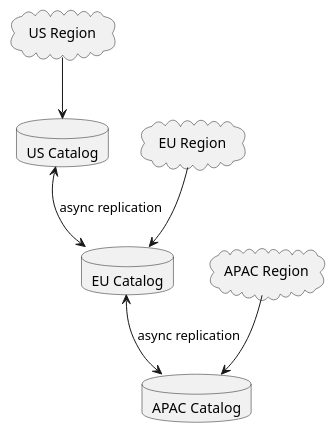
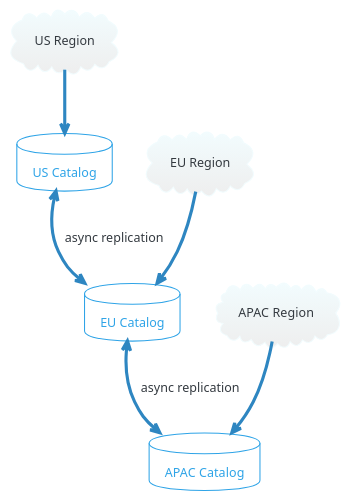
Before and after one commit to cyberstoneac/dsa_docs: the fourth of 4 diagrams in docs/system-design/problems/18-product-catalog.md, drawn with PlantUML. The commit also changed other lines of this file and 26 other files, not shown here.

````diff
--- a/docs/system-design/problems/18-product-catalog.md
+++ b/docs/system-design/problems/18-product-catalog.md
@@ -1214,18 +1237,28 @@
 ```plantuml
 @startuml
+!theme cerulean-outline
+skinparam backgroundColor white
+skinparam shadowing false
+skinparam sequenceMessageAlign center
+skinparam sequence {
+  ArrowColor #2E86C1
+  LifeLineBorderColor #85C1E9
+  ParticipantBorderColor #2E86C1
+  ParticipantBackgroundColor #D6EAF8
+}
 skinparam componentStyle rectangle
 
 cloud "US Region" as US
 cloud "EU Region" as EU
 cloud "APAC Region" as APAC
 database "US Catalog" as USC
 database "EU Catalog" as EUC
 database "APAC Catalog" as APACC
 
 US --> USC
 EU --> EUC
 APAC --> APACC
 USC <--> EUC : async replication
 EUC <--> APACC : async replication
 @enduml
 ```
````
